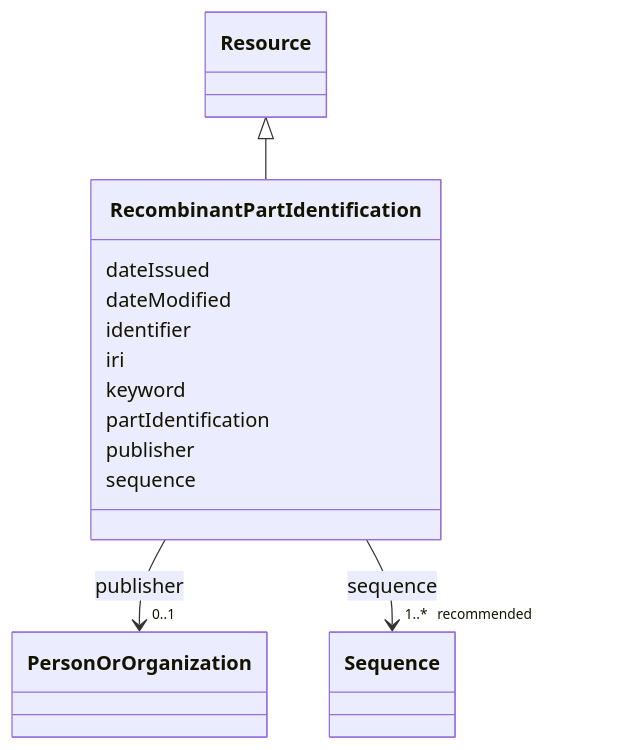
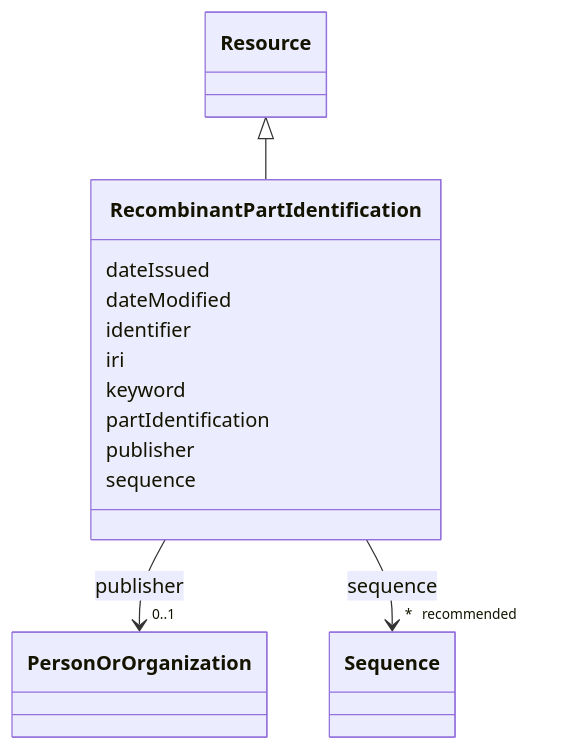
The diagram in models/docs/RecombinantPartIdentification.md (EVORA-project/evora-ontology), drawn with Mermaid before and after one commit. The commit also changed other lines of this file and 186 other files, not shown here.

````diff
--- a/models/docs/RecombinantPartIdentification.md
+++ b/models/docs/RecombinantPartIdentification.md
@@ -19,39 +19,39 @@
 ```mermaid
  classDiagram
     class RecombinantPartIdentification
     click RecombinantPartIdentification href "../RecombinantPartIdentification"
       Resource <|-- RecombinantPartIdentification
         click Resource href "../Resource"
       
       RecombinantPartIdentification : dateIssued
         
       RecombinantPartIdentification : dateModified
         
       RecombinantPartIdentification : identifier
         
       RecombinantPartIdentification : iri
         
       RecombinantPartIdentification : keyword
         
       RecombinantPartIdentification : partIdentification
         
       RecombinantPartIdentification : publisher
         
           
     
     
     RecombinantPartIdentification --> "0..1" PersonOrOrganization : publisher
     click PersonOrOrganization href "../PersonOrOrganization"
 
         
       RecombinantPartIdentification : sequence
         
           
     
     
-    RecombinantPartIdentification --> "1..* _recommended_" Sequence : sequence
+    RecombinantPartIdentification --> "* _recommended_" Sequence : sequence
     click Sequence href "../Sequence"
 
         
       
 ```
````
